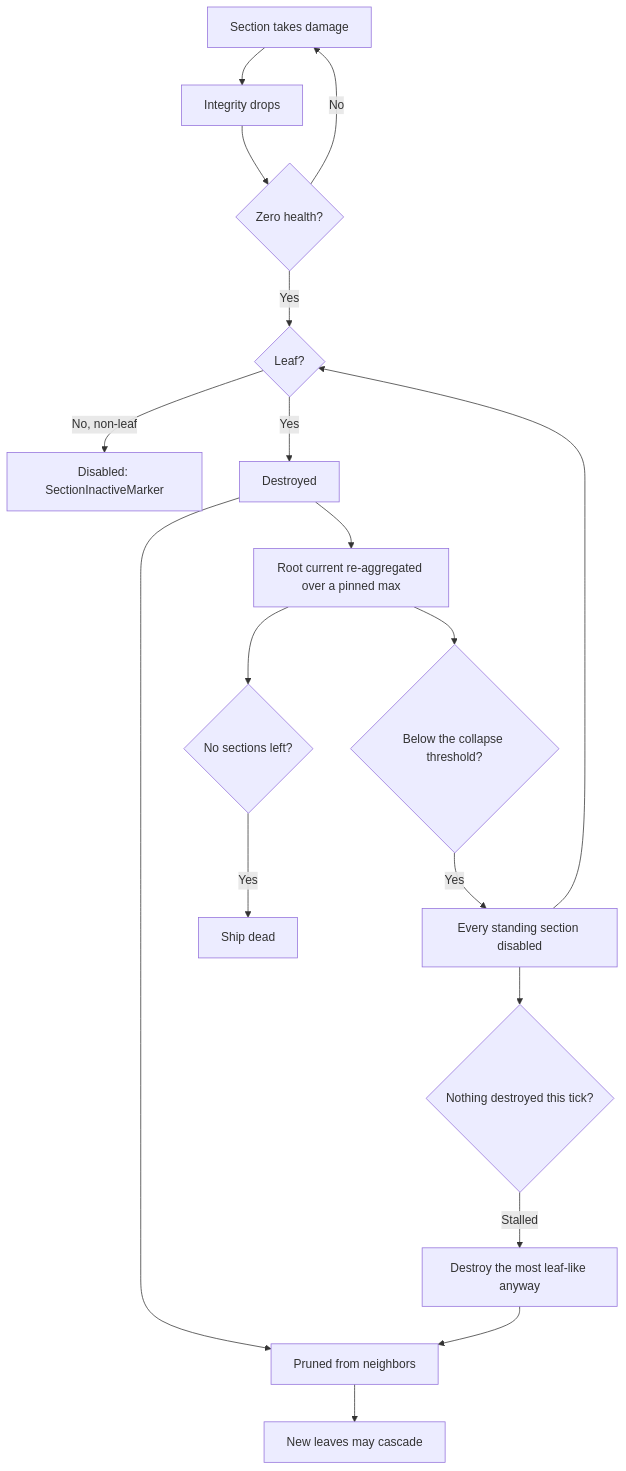
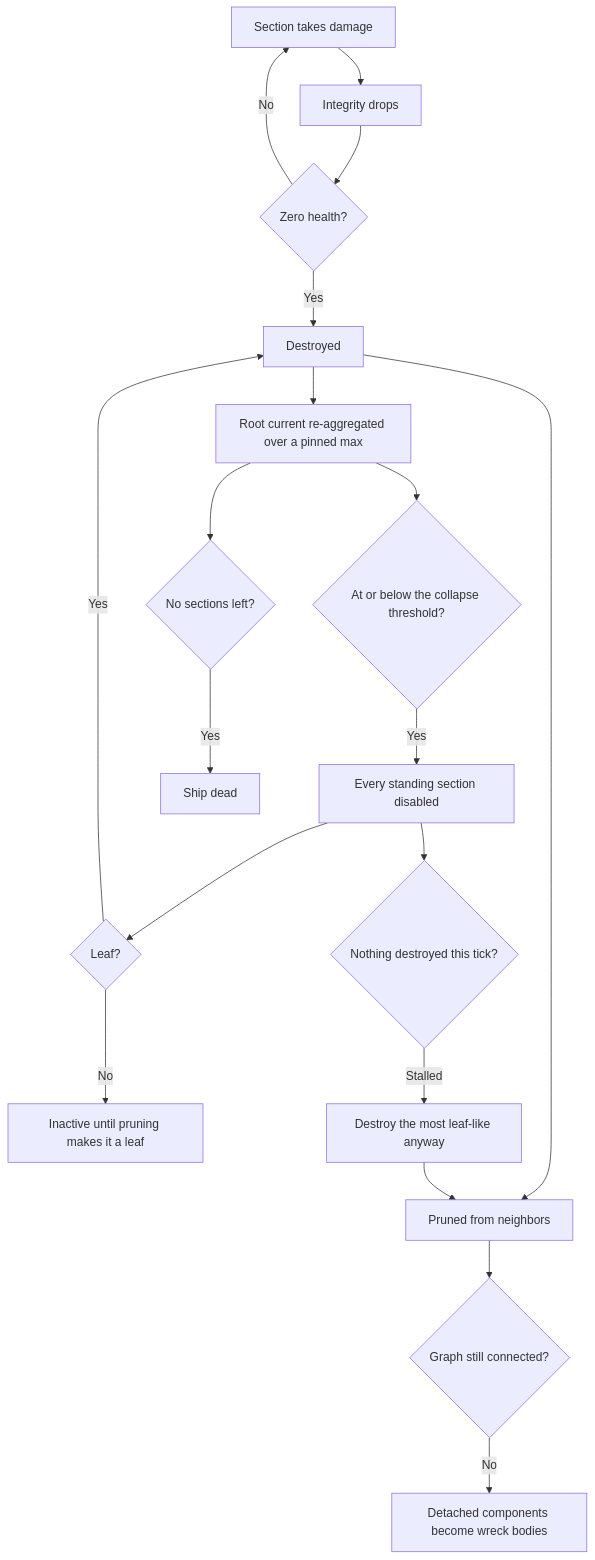
One commit to alexjercan/nova-protocol changed the diagram in web/src/wiki/dev/sections.md. Above: the diagram before and after it, drawn with Mermaid. The commit also changed other lines of this file and 18 other files, not shown here.

Commit message:
Make destroyed sections sever physical wreck fragments

````diff
--- a/web/src/wiki/dev/sections.md
+++ b/web/src/wiki/dev/sections.md
@@ -405,20 +414,21 @@
 ```mermaid
 flowchart TD
     A[Section takes damage] --> B[Integrity drops]
     B --> C{Zero health?}
     C -->|No| A
-    C -->|Yes| D{Leaf?}
-    D -->|No, non-leaf| E[Disabled: SectionInactiveMarker]
-    D -->|Yes| F[Destroyed]
+    C -->|Yes| F[Destroyed]
     F --> G[Pruned from neighbors]
-    G --> H[New leaves may cascade]
+    G --> H{Graph still connected?}
+    H -->|No| P[Detached components become wreck bodies]
     F --> I[Root current re-aggregated over a pinned max]
-    I --> J{Below the collapse threshold?}
+    I --> J{At or below the collapse threshold?}
     J -->|Yes| K[Every standing section disabled]
-    K --> D
+    K --> Q{Leaf?}
+    Q -->|Yes| F
+    Q -->|No| E[Inactive until pruning makes it a leaf]
     K --> L{Nothing destroyed this tick?}
     L -->|Stalled| M[Destroy the most leaf-like anyway]
     M --> G
     I --> N{No sections left?}
     N -->|Yes| O[Ship dead]
 ```
````
